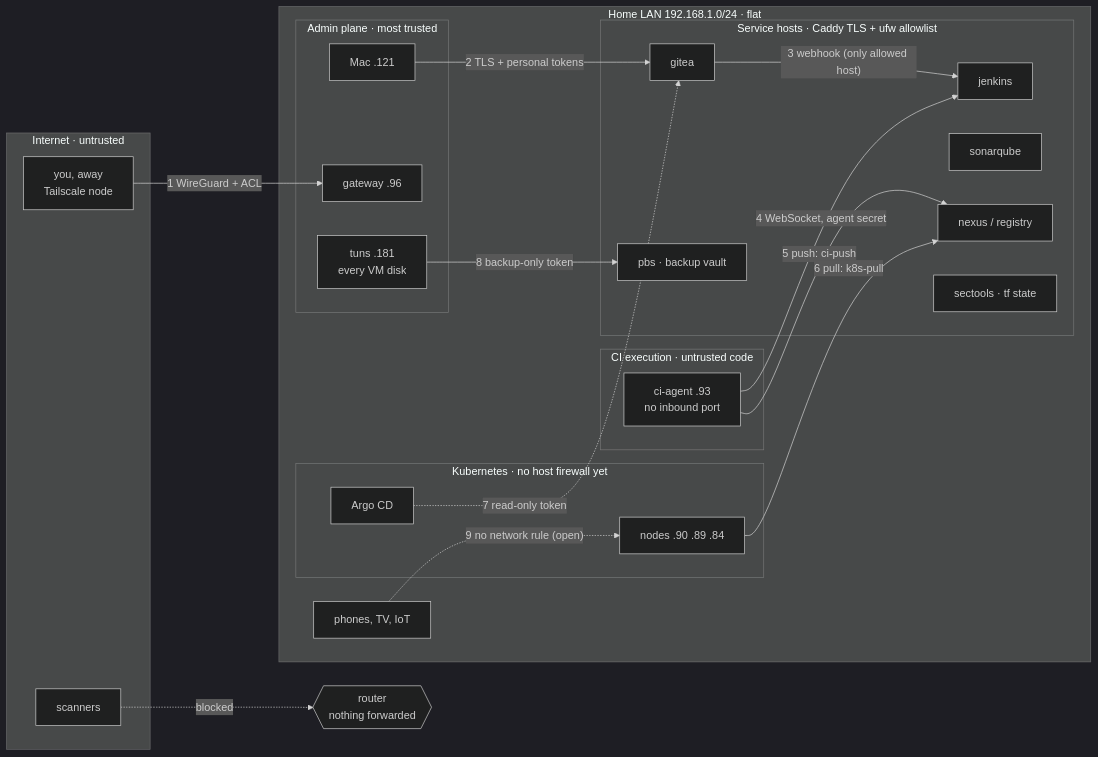
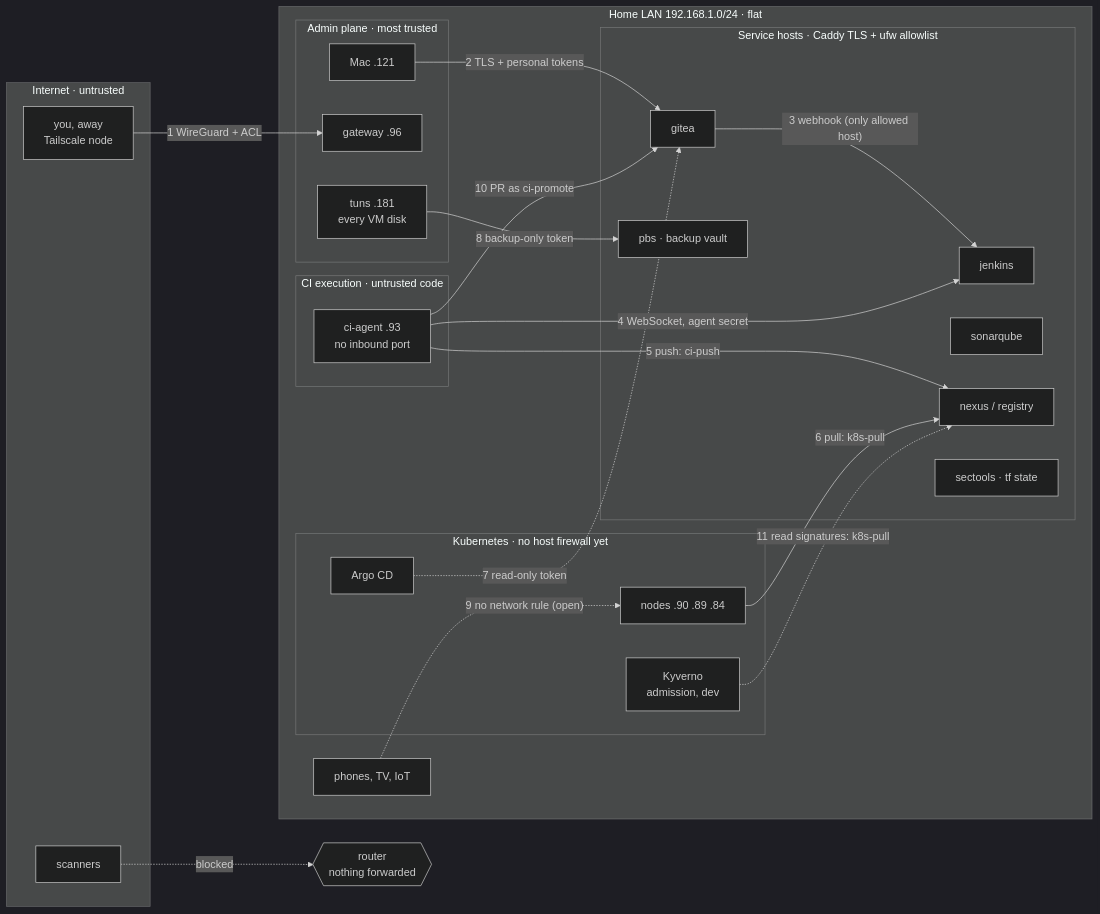
Before and after one commit to salamituns/homelab-platform: the first of 2 diagrams in docs/architecture.md, drawn with Mermaid (dark theme). The commit also changed other lines of this file, not shown here.

Commit message:
docs(architecture): Week 4: admission enforced, promotion loop, 1.33, new crossings

````diff
--- a/docs/architecture.md
+++ b/docs/architecture.md
@@ -38,43 +39,46 @@
 ```mermaid
 flowchart LR
   subgraph INET["Internet · untrusted"]
     scan[scanners]
     away[you, away<br/>Tailscale node]
   end
   router{{"router<br/>nothing forwarded"}}
   scan -. blocked .-> router
 
   subgraph LAN["Home LAN 192.168.1.0/24 · flat"]
     subgraph ADMIN["Admin plane · most trusted"]
       mac[Mac .121]
       gw[gateway .96]
       tuns[tuns .181<br/>every VM disk]
     end
     subgraph SVC["Service hosts · Caddy TLS + ufw allowlist"]
       gitea[gitea]
       jenkins[jenkins]
       sonar[sonarqube]
       nexus[nexus / registry]
       pbs[pbs · backup vault]
       sectools[sectools · tf state]
     end
     subgraph CI["CI execution · untrusted code"]
       agent[ci-agent .93<br/>no inbound port]
     end
     subgraph K8S["Kubernetes · no host firewall yet"]
       argo[Argo CD]
+      kyv[Kyverno<br/>admission, dev]
       nodes[nodes .90 .89 .84]
     end
     home[phones, TV, IoT]
   end
 
   away -- "1 WireGuard + ACL" --> gw
   mac -- "2 TLS + personal tokens" --> gitea
   gitea -- "3 webhook (only allowed host)" --> jenkins
   agent -- "4 WebSocket, agent secret" --> jenkins
   agent -- "5 push: ci-push" --> nexus
   nodes -- "6 pull: k8s-pull" --> nexus
   argo -. "7 read-only token" .-> gitea
   tuns -- "8 backup-only token" --> pbs
   home -. "9 no network rule (open)" .-> nodes
+  agent -- "10 PR as ci-promote" --> gitea
+  kyv -. "11 read signatures: k8s-pull" .-> nexus
 ```
````
